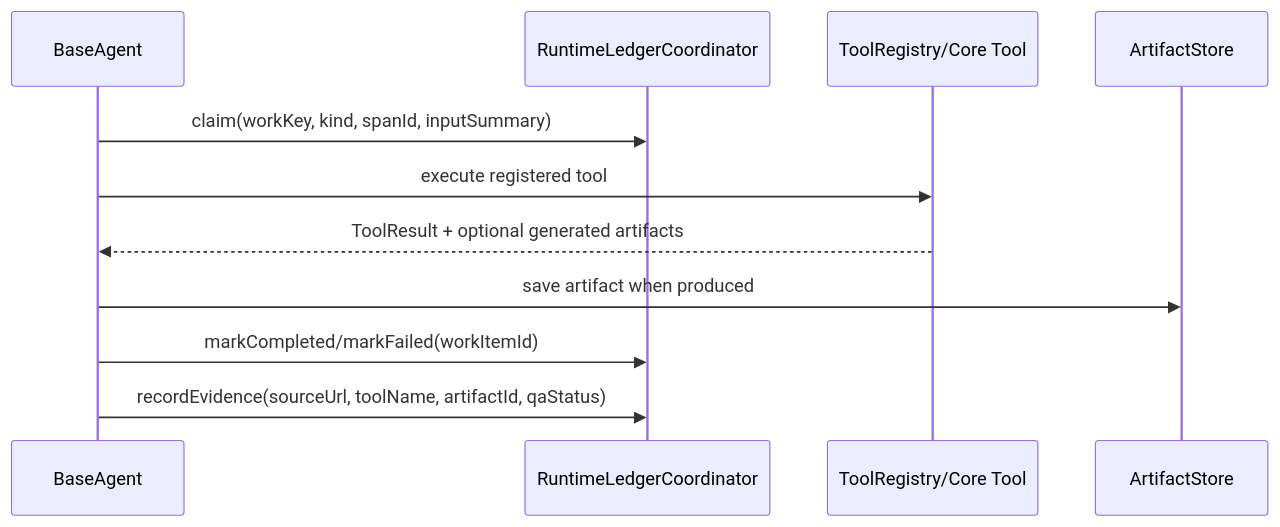
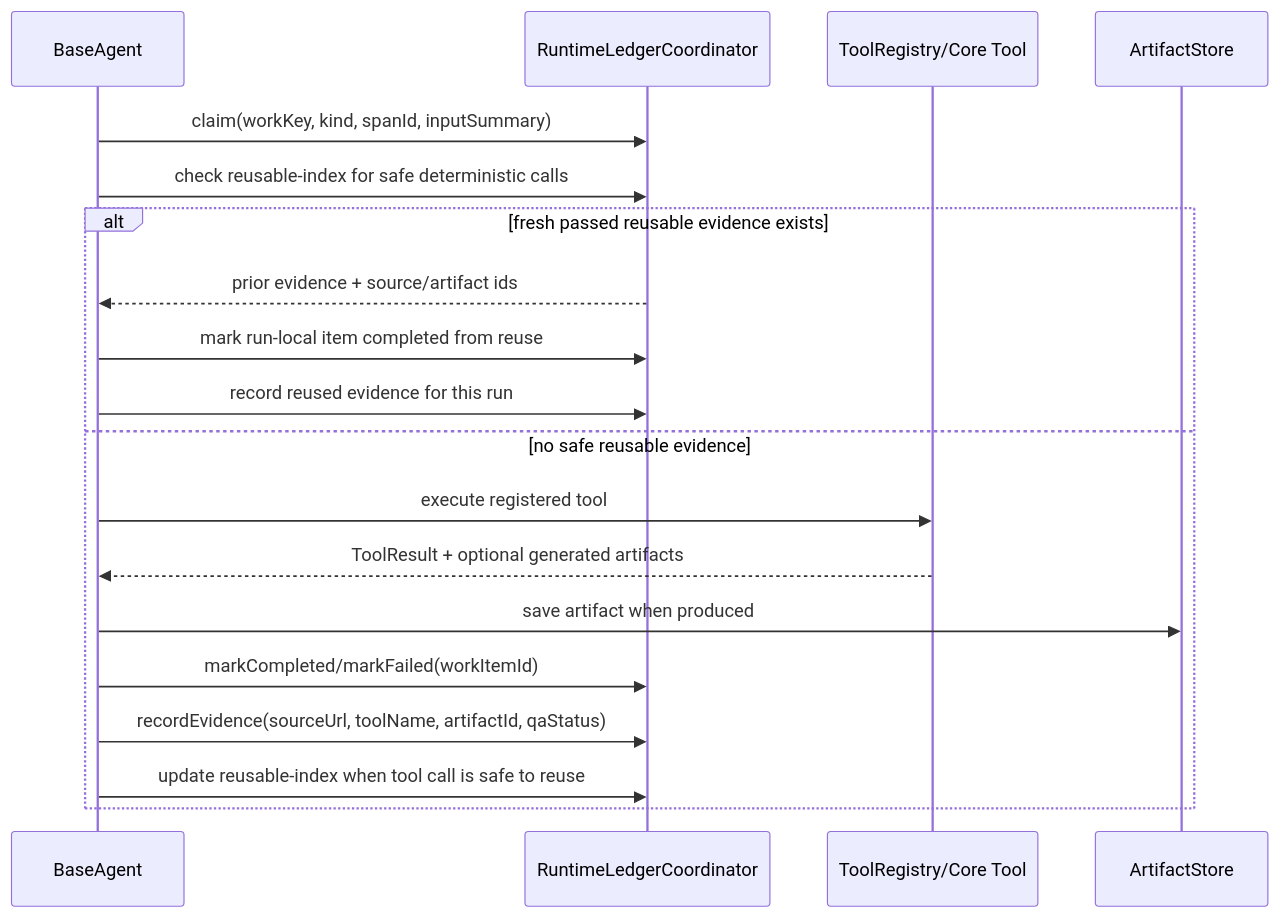
One commit to ruler47/agentic changed the second of 2 diagrams in docs/roadmap-core-toolbelt.md. Above: the diagram before and after it, drawn with Mermaid. The commit also changed other lines of this file and 9 other files, not shown here.

Commit message:
Add Work Ledger reuse for safe HTTP calls

````diff
--- a/docs/roadmap-core-toolbelt.md
+++ b/docs/roadmap-core-toolbelt.md
@@ -190,14 +197,22 @@
 ```mermaid
 sequenceDiagram
   participant Agent as BaseAgent
   participant Ledger as RuntimeLedgerCoordinator
   participant Tool as ToolRegistry/Core Tool
   participant Artifacts as ArtifactStore
 
   Agent->>Ledger: claim(workKey, kind, spanId, inputSummary)
+  Agent->>Ledger: check reusable-index for safe deterministic calls
+  alt fresh passed reusable evidence exists
+    Ledger-->>Agent: prior evidence + source/artifact ids
+    Agent->>Ledger: mark run-local item completed from reuse
+    Agent->>Ledger: record reused evidence for this run
+  else no safe reusable evidence
   Agent->>Tool: execute registered tool
   Tool-->>Agent: ToolResult + optional generated artifacts
   Agent->>Artifacts: save artifact when produced
   Agent->>Ledger: markCompleted/markFailed(workItemId)
   Agent->>Ledger: recordEvidence(sourceUrl, toolName, artifactId, qaStatus)
+  Agent->>Ledger: update reusable-index when tool call is safe to reuse
+  end
 ```
````
